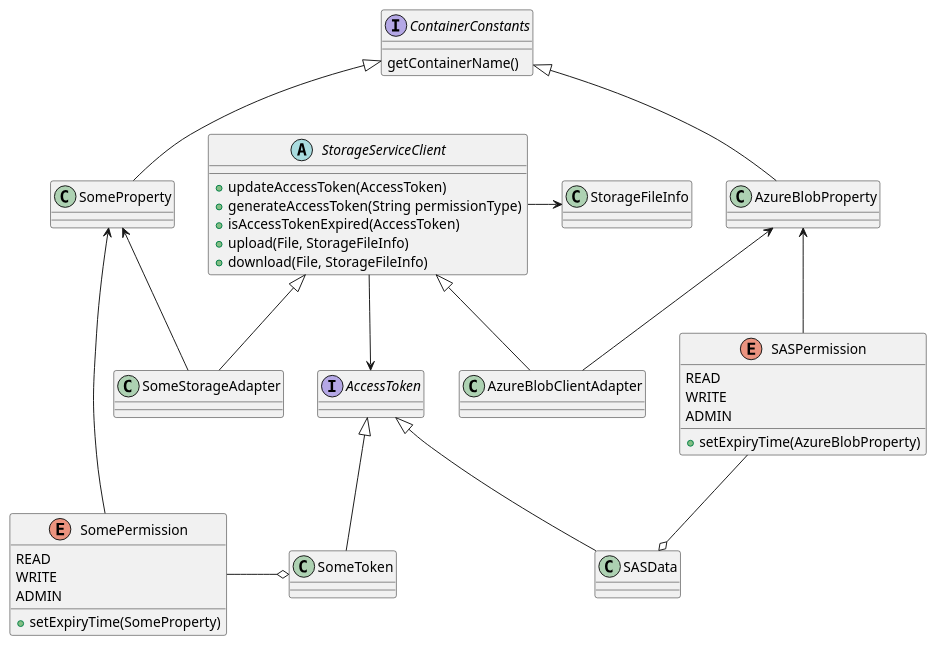
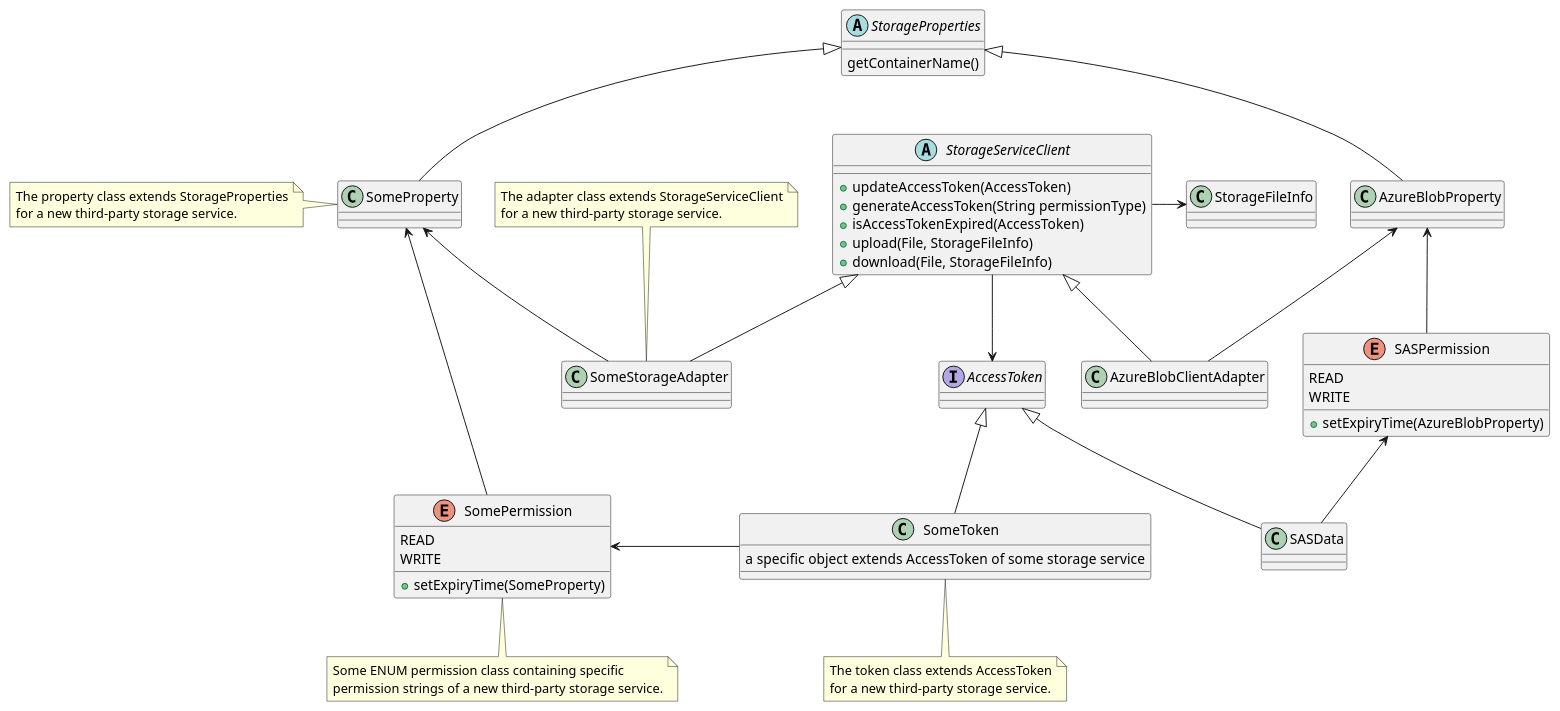
One commit to microsoft/HydraLab changed the diagram in common/doc/UML/storage_system_design.puml. Above: the diagram before and after it, drawn with PlantUML. The commit also changed 2 other files, not shown here.

Commit message:
Update storage system related artifacts

```diff
--- a/common/doc/UML/storage_system_design.puml
+++ b/common/doc/UML/storage_system_design.puml
@@ -1,53 +1,73 @@
 @startuml
 
 interface AccessToken
-interface ContainerConstants {
+abstract class StorageProperties {
 getContainerName()
 }
 abstract class StorageServiceClient {
 +updateAccessToken(AccessToken)
 +generateAccessToken(String permissionType)
 +isAccessTokenExpired(AccessToken)
 +upload(File, StorageFileInfo)
 +download(File, StorageFileInfo)
 }
 class StorageFileInfo
 
 class AzureBlobClientAdapter
 class AzureBlobProperty
 class SASData
 enum SASPermission {
 READ
 WRITE
-ADMIN
 +setExpiryTime(AzureBlobProperty)
 }
 
 class SomeStorageAdapter
 class SomeProperty
-class SomeToken
+class SomeToken {
+a specific object extends AccessToken of some storage service
+}
 enum SomePermission {
 READ
 WRITE
-ADMIN
 +setExpiryTime(SomeProperty)
 }
+
+note top of SomeStorageAdapter
+  The adapter class extends StorageServiceClient
+  for a new third-party storage service.
+end note
+
+note left of SomeProperty
+  The property class extends StorageProperties
+  for a new third-party storage service.
+end note
+
+note bottom of SomeToken
+  The token class extends AccessToken
+  for a new third-party storage service.
+end note
+
+note bottom of SomePermission
+  Some ENUM permission class containing specific
+  permission strings of a new third-party storage service.
+end note
 
 StorageServiceClient --> AccessToken
 StorageServiceClient -> StorageFileInfo
 
 StorageServiceClient <|-- AzureBlobClientAdapter
 AccessToken <|-- SASData
-SASPermission --o SASData
+SASPermission <-- SASData
 AzureBlobProperty <-- SASPermission
 AzureBlobProperty <-- AzureBlobClientAdapter
-ContainerConstants <|-- AzureBlobProperty
+StorageProperties <|-- AzureBlobProperty
 
 StorageServiceClient <|-- SomeStorageAdapter
 AccessToken <|-- SomeToken
-SomePermission -o SomeToken
+SomePermission <- SomeToken
 SomeProperty <-- SomePermission
 SomeProperty <-- SomeStorageAdapter
-ContainerConstants <|-- SomeProperty
+StorageProperties <|-- SomeProperty
 
 @enduml
```
